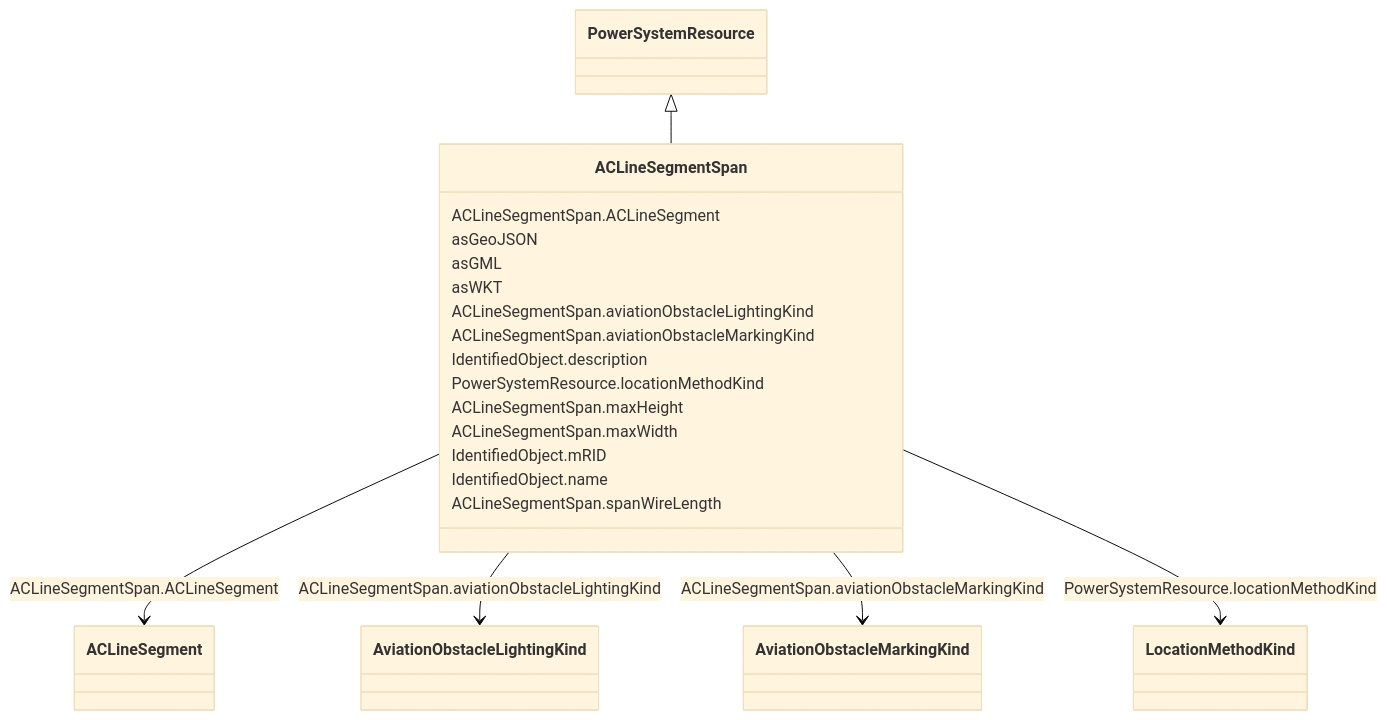
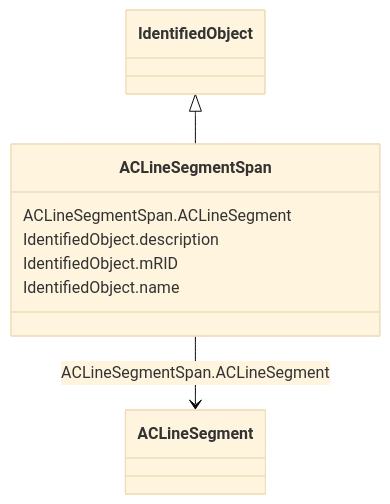
One commit to 3lbits/NoCIMExtensions changed the diagram in docs/AviationObstacle/ACLineSegmentSpan.md. Above: the diagram before and after it, drawn with Mermaid (base theme). The commit also changed other lines of this file and 61 other files, not shown here.

````diff
--- a/docs/AviationObstacle/ACLineSegmentSpan.md
+++ b/docs/AviationObstacle/ACLineSegmentSpan.md
@@ -16,47 +11,20 @@
 ```mermaid
  classDiagram
     class ACLineSegmentSpan
     click ACLineSegmentSpan href "../ACLineSegmentSpan"
-      PowerSystemResource <|-- ACLineSegmentSpan
-        click PowerSystemResource href "../PowerSystemResource"
+      IdentifiedObject <|-- ACLineSegmentSpan
+        click IdentifiedObject href "../IdentifiedObject"
       
       ACLineSegmentSpan : ACLineSegmentSpan.ACLineSegment
         
           ACLineSegmentSpan --> ACLineSegment : ACLineSegmentSpan.ACLineSegment
           click ACLineSegment href "../ACLineSegment"
         
-      ACLineSegmentSpan : asGeoJSON
-        
-      ACLineSegmentSpan : asGML
-        
-      ACLineSegmentSpan : asWKT
-        
-      ACLineSegmentSpan : ACLineSegmentSpan.aviationObstacleLightingKind
-        
-          ACLineSegmentSpan --> AviationObstacleLightingKind : ACLineSegmentSpan.aviationObstacleLightingKind
-          click AviationObstacleLightingKind href "../AviationObstacleLightingKind"
-        
-      ACLineSegmentSpan : ACLineSegmentSpan.aviationObstacleMarkingKind
-        
-          ACLineSegmentSpan --> AviationObstacleMarkingKind : ACLineSegmentSpan.aviationObstacleMarkingKind
-          click AviationObstacleMarkingKind href "../AviationObstacleMarkingKind"
-        
       ACLineSegmentSpan : IdentifiedObject.description
-        
-      ACLineSegmentSpan : PowerSystemResource.locationMethodKind
-        
-          ACLineSegmentSpan --> LocationMethodKind : PowerSystemResource.locationMethodKind
-          click LocationMethodKind href "../LocationMethodKind"
-        
-      ACLineSegmentSpan : ACLineSegmentSpan.maxHeight
-        
-      ACLineSegmentSpan : ACLineSegmentSpan.maxWidth
         
       ACLineSegmentSpan : IdentifiedObject.mRID
         
       ACLineSegmentSpan : IdentifiedObject.name
         
-      ACLineSegmentSpan : ACLineSegmentSpan.spanWireLength
-        
       
 ```
````
